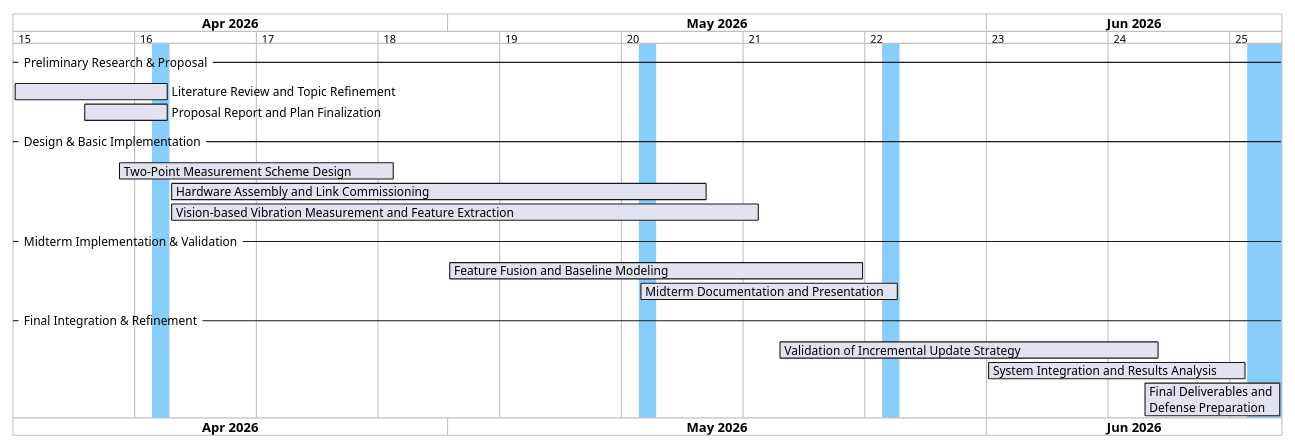
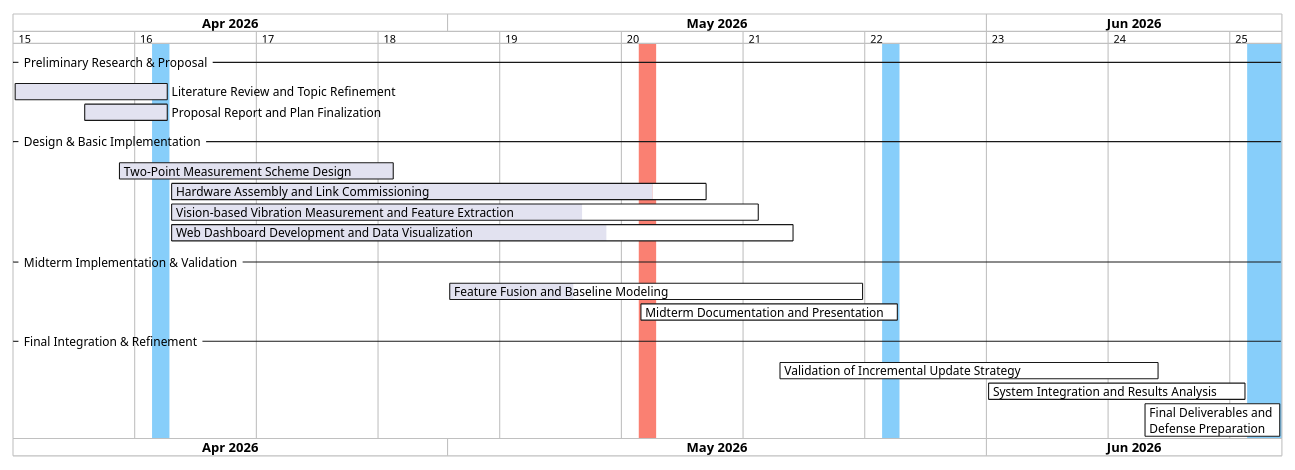
One commit to bingli-2026/project-course changed the diagram in doc/plantuml/research-plan-gantt_en.puml. Above: the diagram before and after it, drawn with PlantUML. The commit also changed 36 other files, not shown here.

```diff
--- a/doc/plantuml/research-plan-gantt_en.puml
+++ b/doc/plantuml/research-plan-gantt_en.puml
@@ -1,29 +1,32 @@
 @startgantt
 Project starts 2026-04-06
 printscale weekly zoom 4
 scale 1000 width
 
 -- Preliminary Research & Proposal --
-[Literature Review and Topic Refinement] starts 2026-04-06 and ends 2026-04-14
-[Proposal Report and Plan Finalization] starts 2026-04-10 and ends 2026-04-14
+[Literature Review and Topic Refinement] starts 2026-04-06 and ends 2026-04-14 and is 100% completed
+[Proposal Report and Plan Finalization] starts 2026-04-10 and ends 2026-04-14 and is 100% completed
 
 -- Design & Basic Implementation --
-[Two-Point Measurement Scheme Design] starts 2026-04-12 and ends 2026-04-27
-[Hardware Assembly and Link Commissioning] starts 2026-04-15 and ends 2026-05-15
-[Vision-based Vibration Measurement and Feature Extraction] starts 2026-04-15 and ends 2026-05-18
+[Two-Point Measurement Scheme Design] starts 2026-04-12 and ends 2026-04-27 and is 100% completed
+[Hardware Assembly and Link Commissioning] starts 2026-04-15 and ends 2026-05-15 and is 90% completed
+[Vision-based Vibration Measurement and Feature Extraction] starts 2026-04-15 and ends 2026-05-18 and is 70% completed
+[Web Dashboard Development and Data Visualization] starts 2026-04-15 and ends 2026-05-20 and is 70% completed
 
 -- Midterm Implementation & Validation --
-[Feature Fusion and Baseline Modeling] starts 2026-05-01 and ends 2026-05-24
-[Midterm Documentation and Presentation] starts 2026-05-12 and ends 2026-05-26
+[Feature Fusion and Baseline Modeling] starts 2026-05-01 and ends 2026-05-24 and is 30% completed
+[Midterm Documentation and Presentation] starts 2026-05-12 and ends 2026-05-26 and is 0% completed
 
 -- Final Integration & Refinement --
-[Validation of Incremental Update Strategy] starts 2026-05-20 and ends 2026-06-10
-[System Integration and Results Analysis] starts 2026-06-01 and ends 2026-06-15
-[Final Deliverables and\nDefense Preparation] starts 2026-06-10 and ends 2026-06-17
+[Validation of Incremental Update Strategy] starts 2026-05-20 and ends 2026-06-10 and is 0% completed
+[System Integration and Results Analysis] starts 2026-06-01 and ends 2026-06-15 and is 0% completed
+[Final Deliverables and\nDefense Preparation] starts 2026-06-10 and ends 2026-06-17 and is 0% completed
 
 2026-04-14 is colored in LightSkyBlue
 2026-05-12 is colored in LightSkyBlue
 2026-05-26 is colored in LightSkyBlue
 2026-06-16 is colored in LightSkyBlue
 2026-06-17 is colored in LightSkyBlue
+
+2026-05-12 is colored in Salmon
 @endgantt
```
